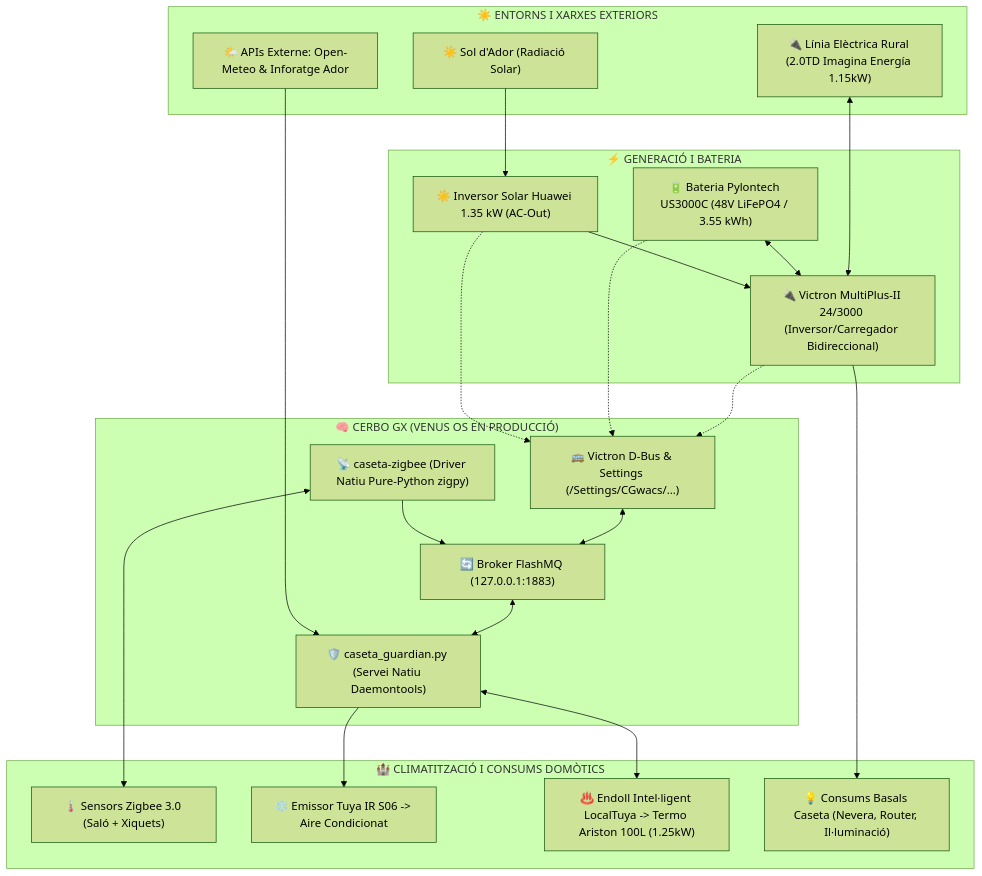
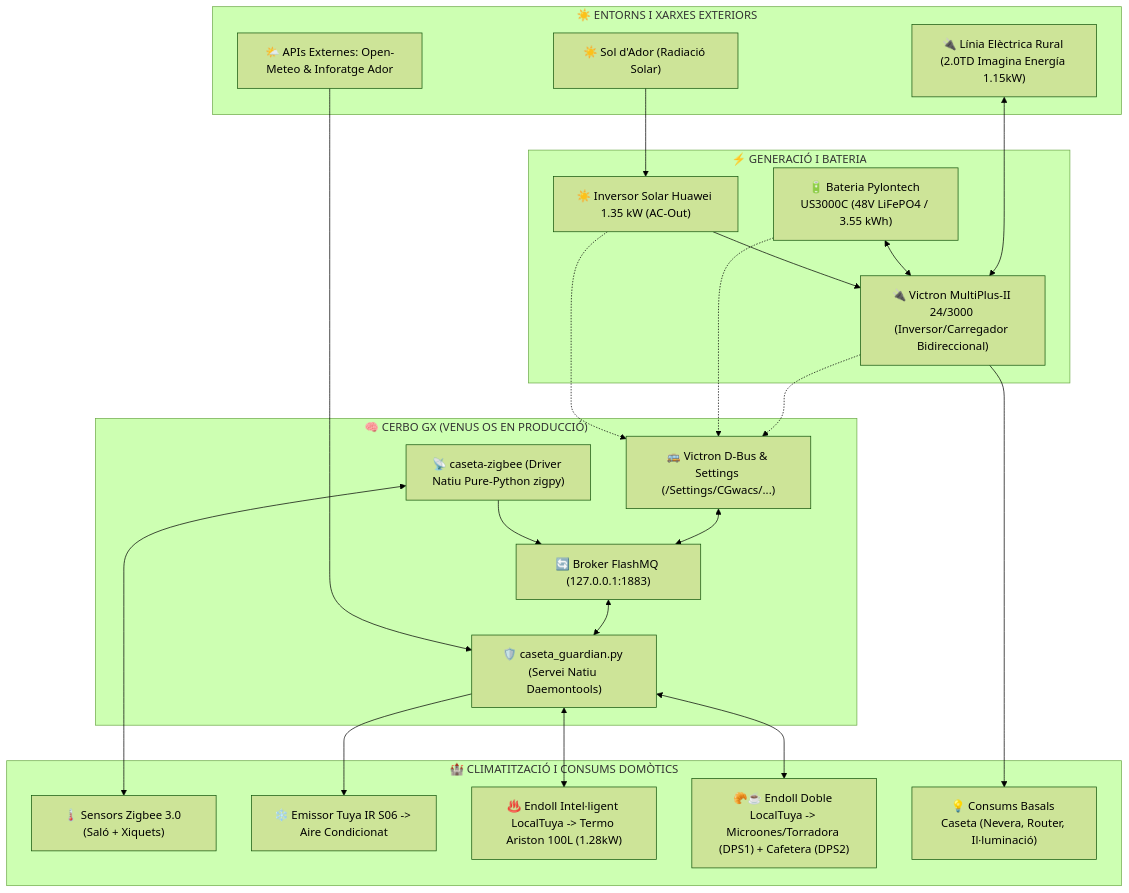
Before and after one commit to CasimirVictoria/caseta-guardian: the first of 2 diagrams in README.ca.md, drawn with Mermaid (forest theme). The commit also changed other lines of this file and 1 other file, not shown here.

Commit message:
docs: update architecture diagrams, 3-tier SoC matrix, cascading C-rate load shedding, and Tuya dual plug integration

````diff
--- a/README.ca.md
+++ b/README.ca.md
@@ -102,46 +101,48 @@
 ```mermaid
 graph TD
     subgraph EXTERIOR ["☀️ ENTORNS I XARXES EXTERIORS"]
         SUN["☀️ Sol d'Ador (Radiació Solar)"]
         GRID["🔌 Línia Elèctrica Rural (2.0TD Imagina Energía 1.15kW)"]
-        METEO["🌤️ APIs Externe: Open-Meteo & Inforatge Ador"]
+        METEO["🌤️ APIs Externes: Open-Meteo & Inforatge Ador"]
     end
 
     subgraph GENERACIO ["⚡ GENERACIÓ I BATERIA"]
         HUAWEI["☀️ Inversor Solar Huawei 1.35 kW (AC-Out)"]
         PYLON["🔋 Bateria Pylontech US3000C (48V LiFePO4 / 3.55 kWh)"]
         MULTI["🔌 Victron MultiPlus-II 24/3000 (Inversor/Carregador Bidireccional)"]
     end
 
     subgraph CONTROL ["🧠 CERBO GX (VENUS OS EN PRODUCCIÓ)"]
         DBUS["🚌 Victron D-Bus & Settings (/Settings/CGwacs/...)"]
         MQTT["🔄 Broker FlashMQ (127.0.0.1:1883)"]
         GUARDIAN["🛡️ caseta_guardian.py (Servei Natiu Daemontools)"]
         ZIGBEE_DAEMON["📡 caseta-zigbee (Driver Natiu Pure-Python zigpy)"]
     end
 
     subgraph DOMOTICA ["🏰 CLIMATITZACIÓ I CONSUMS DOMÒTICS"]
         ZIG_SENS["🌡️ Sensors Zigbee 3.0 (Saló + Xiquets)"]
         TUYA_IR["❄️ Emissor Tuya IR S06 -> Aire Condicionat"]
-        TERMO_PLUG["♨️ Endoll Intel·ligent LocalTuya -> Termo Ariston 100L (1.25kW)"]
+        TERMO_PLUG["♨️ Endoll Intel·ligent LocalTuya -> Termo Ariston 100L (1.28kW)"]
+        CUINA_PLUG["🥐☕ Endoll Doble LocalTuya -> Microones/Torradora (DPS1) + Cafetera (DPS2)"]
         HOUSE_LOADS["💡 Consums Basals Caseta (Nevera, Router, Il·luminació)"]
     end
 
     SUN --> HUAWEI
     GRID <--> MULTI
     PYLON <--> MULTI
     HUAWEI --> MULTI
     MULTI --> HOUSE_LOADS
 
     MULTI -.-> DBUS
     PYLON -.-> DBUS
     HUAWEI -.-> DBUS
     DBUS <--> MQTT
     MQTT <--> GUARDIAN
     METEO --> GUARDIAN
 
     ZIGBEE_DAEMON <--> ZIG_SENS
     ZIGBEE_DAEMON --> MQTT
     GUARDIAN --> TUYA_IR
     GUARDIAN <--> TERMO_PLUG
+    GUARDIAN <--> CUINA_PLUG
 ```
````
